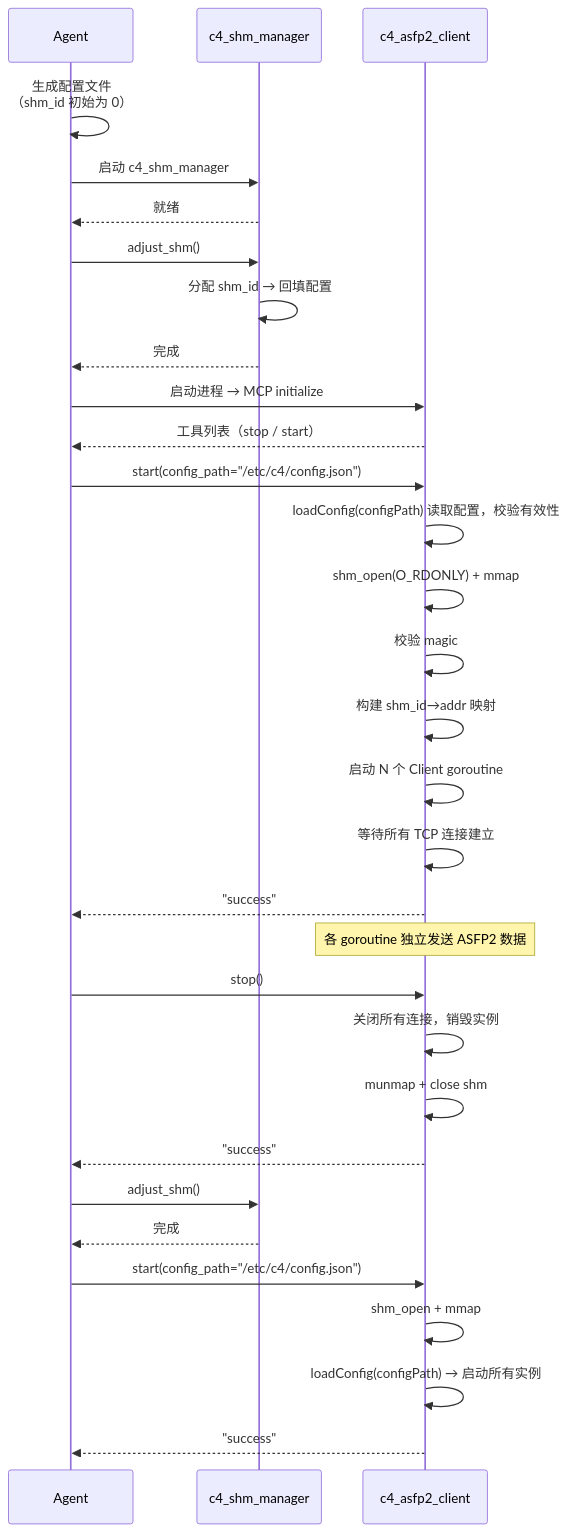
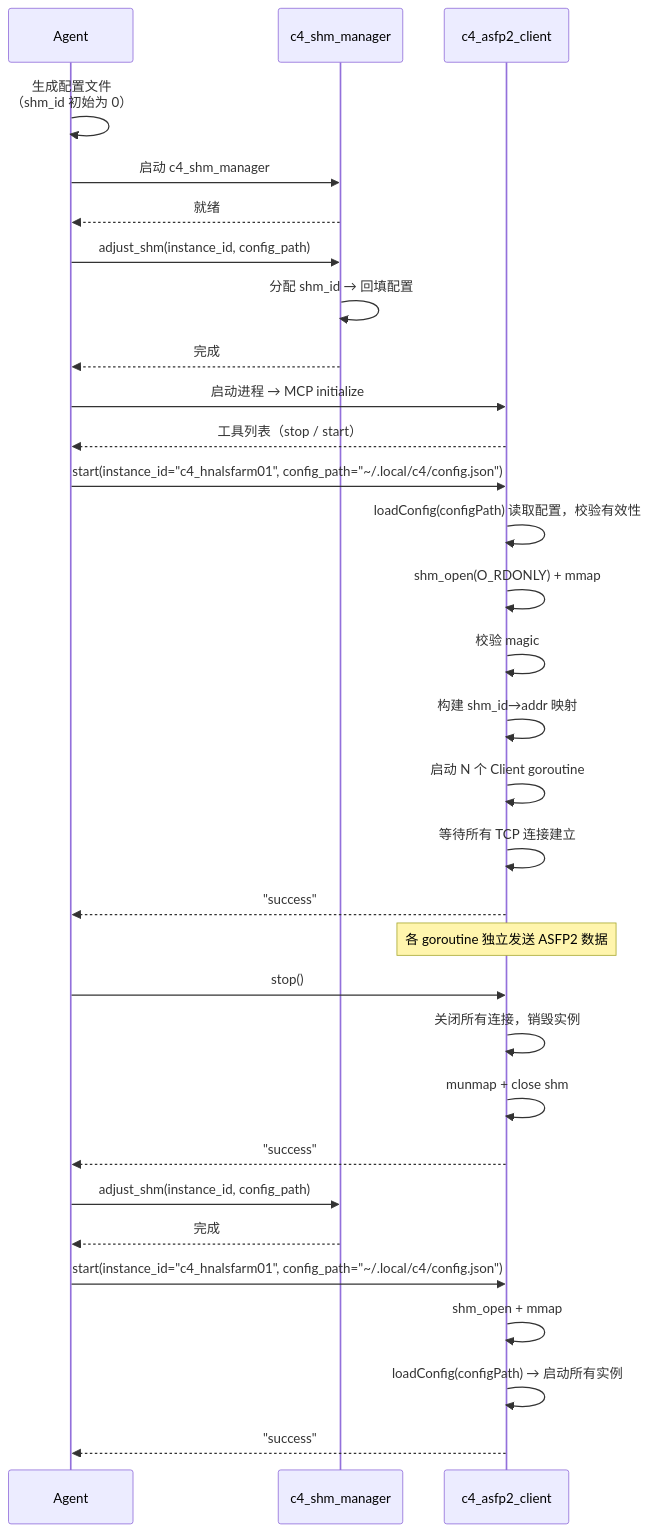
One commit to activesys/c4 changed the second of 3 diagrams in docs/design/c4_asfp2_client.md. Above: the diagram before and after it, drawn with Mermaid. The commit also changed other lines of this file and 5 other files, not shown here.

First line of the commit message:
docs(instance-id): instance_id 即共享内存名并传入三工具 + 配置迁移 ~/.local/c4/

````diff
--- a/docs/design/c4_asfp2_client.md
+++ b/docs/design/c4_asfp2_client.md
@@ -221,38 +221,38 @@
 ```mermaid
 sequenceDiagram
     participant A as Agent
     participant SM as c4_shm_manager
     participant C as c4_asfp2_client
 
     A->>A: 生成配置文件<br/>（shm_id 初始为 0）
     A->>SM: 启动 c4_shm_manager
     SM-->>A: 就绪
-    A->>SM: adjust_shm()
+    A->>SM: adjust_shm(instance_id, config_path)
     SM->>SM: 分配 shm_id → 回填配置
     SM-->>A: 完成
 
     A->>C: 启动进程 → MCP initialize
     C-->>A: 工具列表（stop / start）
 
-    A->>C: start(config_path="/etc/c4/config.json")
+    A->>C: start(instance_id="c4_hnalsfarm01", config_path="~/.local/c4/config.json")
     C->>C: loadConfig(configPath) 读取配置，校验有效性
     C->>C: shm_open(O_RDONLY) + mmap
     C->>C: 校验 magic
     C->>C: 构建 shm_id→addr 映射
     C->>C: 启动 N 个 Client goroutine
     C->>C: 等待所有 TCP 连接建立
     C-->>A: "success"
 
     Note over C: 各 goroutine 独立发送 ASFP2 数据
 
     A->>C: stop()
     C->>C: 关闭所有连接，销毁实例
     C->>C: munmap + close shm
     C-->>A: "success"
-    A->>SM: adjust_shm()
+    A->>SM: adjust_shm(instance_id, config_path)
     SM-->>A: 完成
-    A->>C: start(config_path="/etc/c4/config.json")
+    A->>C: start(instance_id="c4_hnalsfarm01", config_path="~/.local/c4/config.json")
     C->>C: shm_open + mmap
     C->>C: loadConfig(configPath) → 启动所有实例
     C-->>A: "success"
 ```
````
